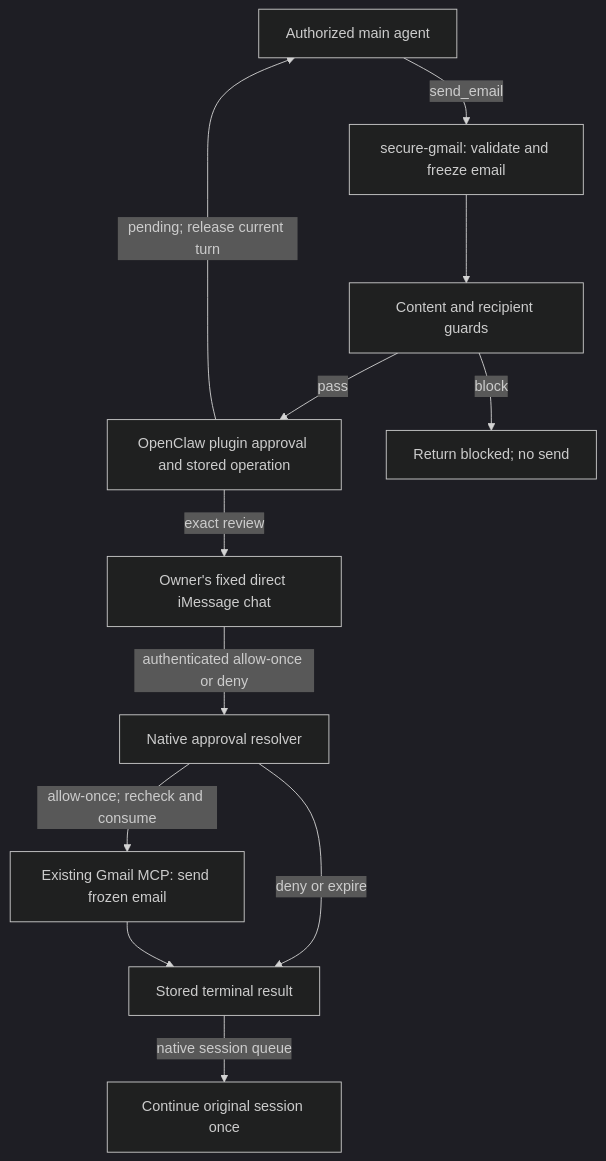
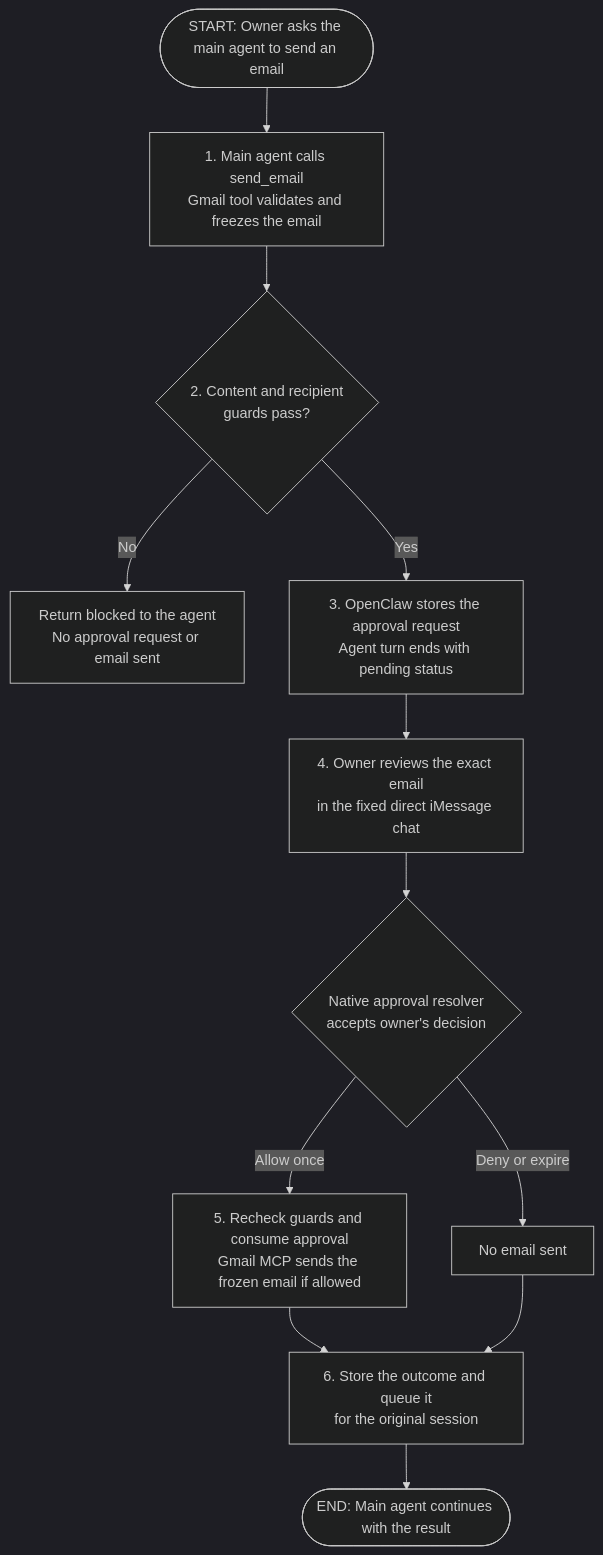
The diagram in docs/plans/todoist-68-asynchronous-tool-approvals.md (coletaylor788/puddles), drawn with Mermaid (dark theme) before and after one commit. The commit also changed other lines of this file, not shown here.

Commit message:
Clarify where the email approval flow starts

````diff
--- a/docs/plans/todoist-68-asynchronous-tool-approvals.md
+++ b/docs/plans/todoist-68-asynchronous-tool-approvals.md
@@ -22,14 +26,15 @@
 ```mermaid
 flowchart TD
-    Main["Authorized main agent"] -->|"send_email"| Gmail["secure-gmail: validate and freeze email"]
-    Gmail --> Guards["Content and recipient guards"]
-    Guards -->|"pass"| Approval["OpenClaw plugin approval and stored operation"]
-    Guards -->|"block"| Stop["Return blocked; no send"]
-    Approval -->|"exact review"| Owner["Owner's fixed direct iMessage chat"]
-    Approval -->|"pending; release current turn"| Main
-    Owner -->|"authenticated allow-once or deny"| Resolver["Native approval resolver"]
-    Resolver -->|"allow-once; recheck and consume"| Send["Existing Gmail MCP: send frozen email"]
-    Resolver -->|"deny or expire"| Result["Stored terminal result"]
-    Send --> Result
-    Result -->|"native session queue"| Resume["Continue original session once"]
+    Start(["START: Owner asks the main agent to send an email"])
+    Start --> Prepare["1. Main agent calls send_email<br/>Gmail tool validates and freezes the email"]
+    Prepare --> Guards{"2. Content and recipient<br/>guards pass?"}
+    Guards -->|"No"| Blocked["Return blocked to the agent<br/>No approval request or email sent"]
+    Guards -->|"Yes"| Pending["3. OpenClaw stores the approval request<br/>Agent turn ends with pending status"]
+    Pending --> Review["4. Owner reviews the exact email<br/>in the fixed direct iMessage chat"]
+    Review --> Decision{"Native approval resolver<br/>accepts owner's decision"}
+    Decision -->|"Allow once"| Send["5. Recheck guards and consume approval<br/>Gmail MCP sends the frozen email if allowed"]
+    Decision -->|"Deny or expire"| NoSend["No email sent"]
+    Send --> Result["6. Store the outcome and queue it<br/>for the original session"]
+    NoSend --> Result
+    Result --> Resume(["END: Main agent continues with the result"])
 ```
````
